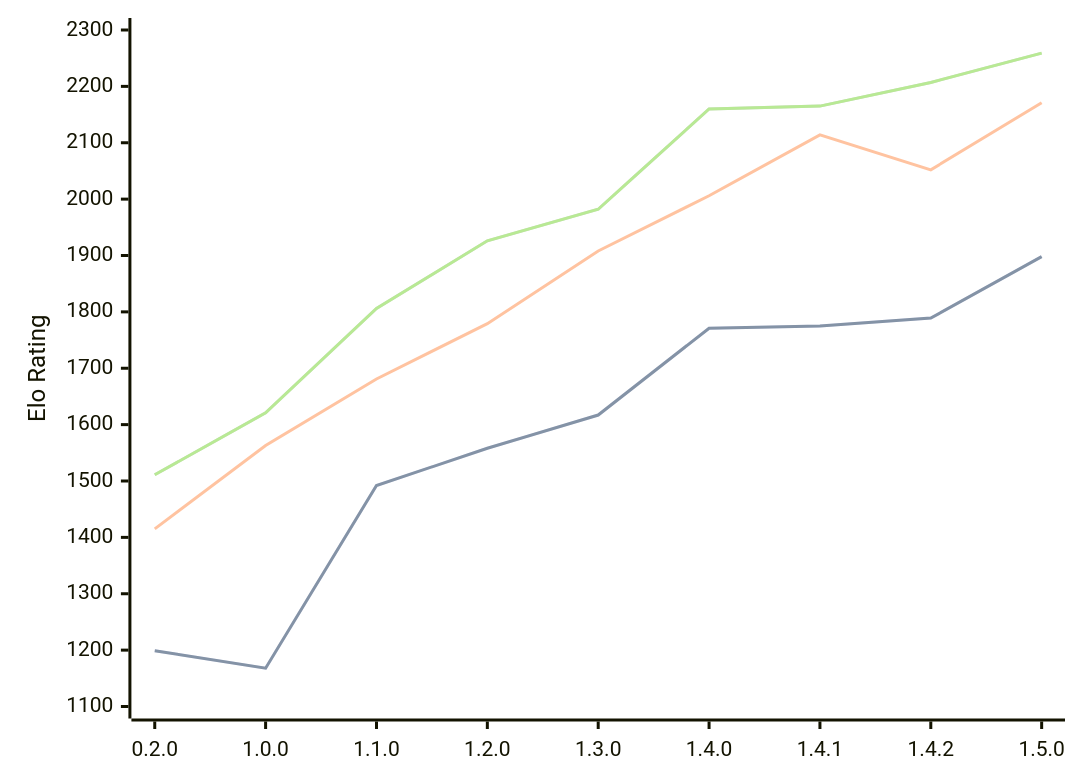
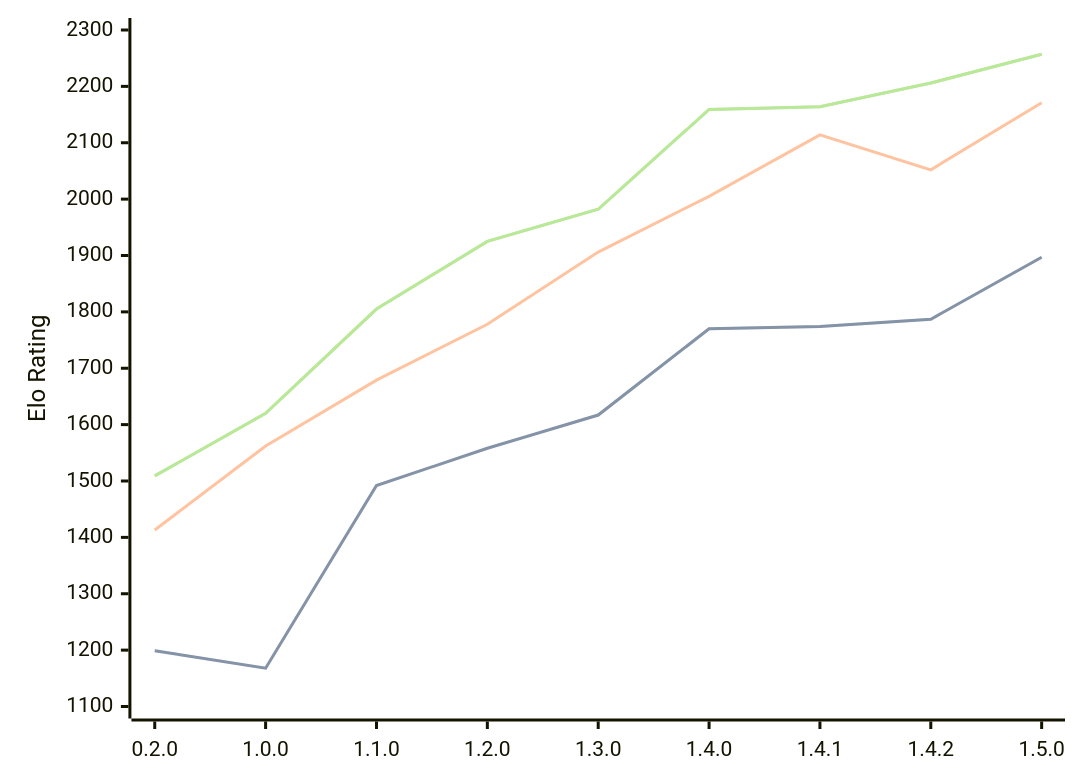
The third of 3 diagrams in engines/Zeppelin.md (computer-chess-index/cci), drawn with Mermaid before and after one commit. The commit also changed other lines of this file, not shown here.

Commit message:
Update CCI Ratings (ELO VLTC) - 2026-06-26

````diff
--- a/engines/Zeppelin.md
+++ b/engines/Zeppelin.md
@@ -74,11 +74,11 @@
 ```mermaid
 %%{init: {"theme":"base","themeVariables":{"seriesColors:['#a3a3a3','#222221','#faa371']}}}%%
 xychart-beta
   x-axis ["0.2.0", "1.0.0", "1.1.0", "1.2.0", "1.3.0", "1.4.0", "1.4.1", "1.4.2", "1.5.0"]
   y-axis "Elo Rating" 1100 --> 2300
-  line "STC (8.0+0.08s)" [1199, 1168, 1492, 1558, 1617, 1771, 1775, 1789, 1898]
-  line "STC (8.0+0.08s)" [1199, 1168, 1492, 1558, 1617, 1771, 1775, 1789, 1898]
-  line "LTC (60.0+0.60s)" [1415, 1563, 1681, 1779, 1908, 2006, 2114, 2052, 2171]
-  line "VLTC (2m24s+1.12s)" [1511, 1621, 1806, 1926, 1982, 2160, 2165, 2207, 2259]
-  line "VLTC (2m24s+1.12s)" [1511, 1621, 1806, 1926, 1982, 2160, 2165, 2207, 2259]
+  line "STC (8.0+0.08s)" [1199, 1168, 1492, 1558, 1617, 1770, 1774, 1787, 1897]
+  line "STC (8.0+0.08s)" [1199, 1168, 1492, 1558, 1617, 1770, 1774, 1787, 1897]
+  line "LTC (60.0+0.60s)" [1413, 1562, 1679, 1778, 1906, 2005, 2114, 2052, 2171]
+  line "VLTC (2m24s+1.12s)" [1509, 1620, 1805, 1925, 1982, 2159, 2164, 2206, 2257]
+  line "VLTC (2m24s+1.12s)" [1509, 1620, 1805, 1925, 1982, 2159, 2164, 2206, 2257]
 ```
````
